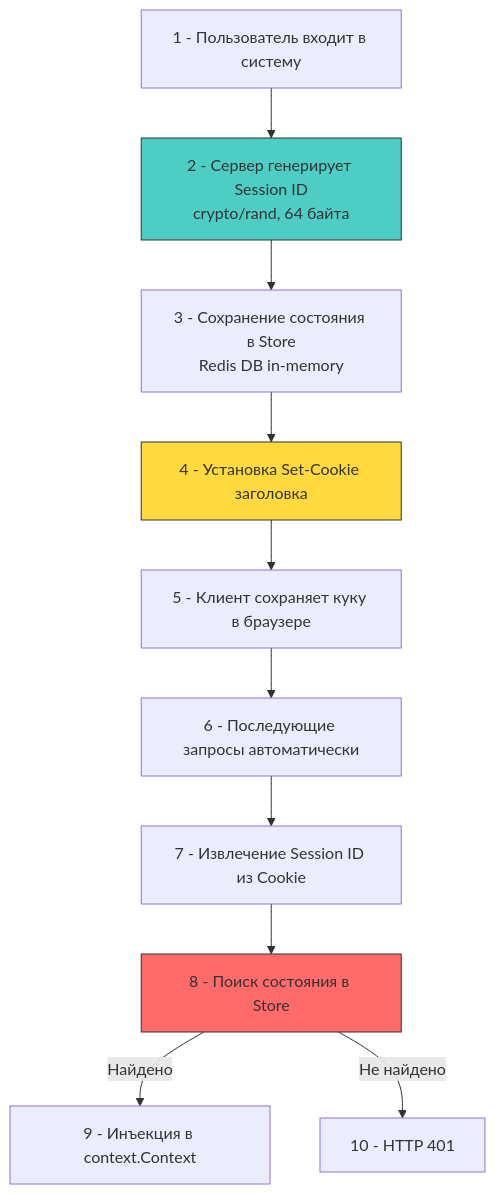
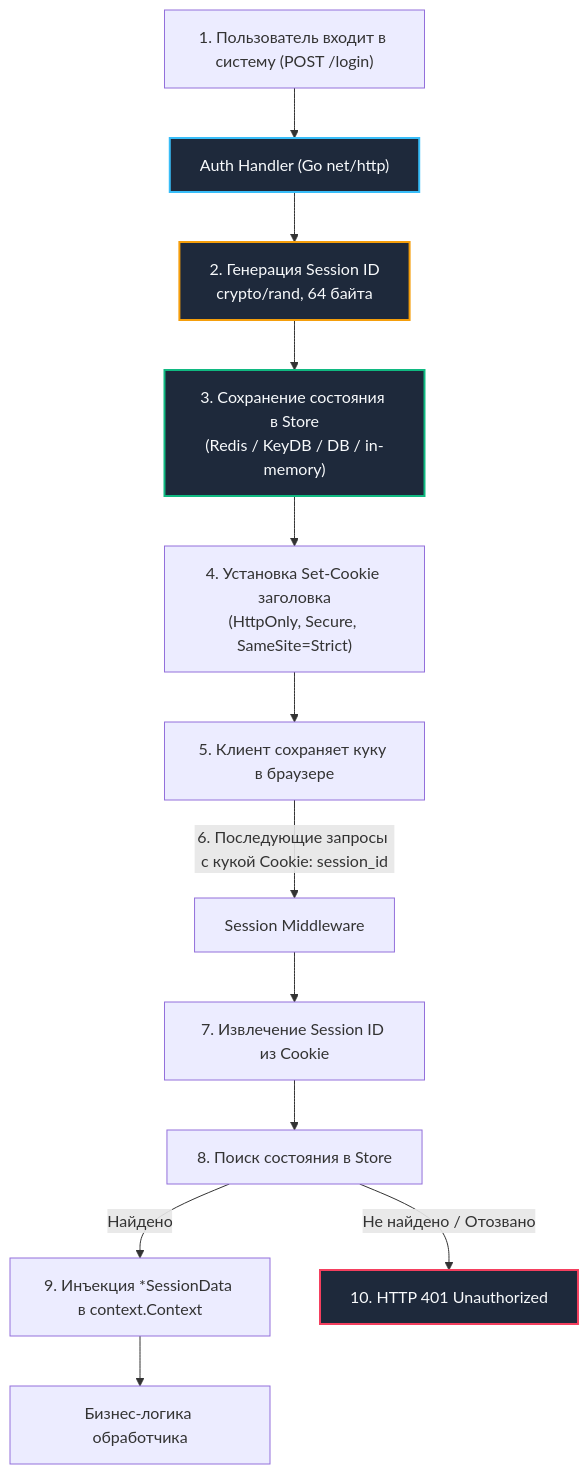
Before and after one commit to UnrealTemplier/go-textbook: the diagram in sources/17. Безопасность (AppSec в Go)/02. Аутентификация и авторизация/7. Session based auth.md, drawn with Mermaid. The commit also changed other lines of this file, not shown here.

Commit message:
feat(module-17): editorial rewrite of 02.7 Session based auth in Kernighan style

````diff
--- a/sources/17. Безопасность (AppSec в Go)/02. Аутентификация и авторизация/7. Session based auth.md
+++ b/sources/17. Безопасность (AppSec в Go)/02. Аутентификация и авторизация/7. Session based auth.md
@@ -7,16 +19,20 @@
 ```mermaid
 flowchart TD
-    A["1 - Пользователь входит в систему"] --> B["2 - Сервер генерирует Session ID<br>crypto/rand, 64 байта"]
-    B --> C["3 - Сохранение состояния в Store<br>Redis DB in-memory"]
-    C --> D["4 - Установка Set-Cookie заголовка"]
-    D --> E["5 - Клиент сохраняет куку в браузере"]
-    E --> F["6 - Последующие запросы автоматически"]
-    F --> G["7 - Извлечение Session ID из Cookie"]
-    G --> H["8 - Поиск состояния в Store"]
-    H -->|"Найдено"| I["9 - Инъекция в context.Context"]
-    H -->|"Не найдено"| J["10 - HTTP 401"]
+    User["1. Пользователь входит в систему (POST /login)"] --> Handler["Auth Handler (Go net/http)"]
+    Handler --> Gen["2. Генерация Session ID<br/>crypto/rand, 64 байта"]
+    Gen --> Store["3. Сохранение состояния в Store<br/>(Redis / KeyDB / DB / in-memory)"]
+    Store --> Cookie["4. Установка Set-Cookie заголовка<br/>(HttpOnly, Secure, SameSite=Strict)"]
+    Cookie --> Browser["5. Клиент сохраняет куку в браузере"]
     
-    style B fill:#4ecdc4,stroke:#333
-    style D fill:#ffd93d,stroke:#333
-    style H fill:#ff6b6b,stroke:#333
+    Browser -->|"6. Последующие запросы с кукой Cookie: session_id"| Middleware["Session Middleware"]
+    Middleware --> Extract["7. Извлечение Session ID из Cookie"]
+    Extract --> Lookup["8. Поиск состояния в Store"]
+    Lookup -->|"Найдено"| Inject["9. Инъекция *SessionData в context.Context"]
+    Lookup -->|"Не найдено / Отозвано"| Unauthorized["10. HTTP 401 Unauthorized"]
+    Inject --> App["Бизнес-логика обработчика"]
+
+    style Handler fill:#1e293b,stroke:#38bdf8,stroke-width:2px,color:#f8fafc
+    style Gen fill:#1e293b,stroke:#f59e0b,stroke-width:2px,color:#f8fafc
+    style Store fill:#1e293b,stroke:#10b981,stroke-width:2px,color:#f8fafc
+    style Unauthorized fill:#1e293b,stroke:#f43f5e,stroke-width:2px,color:#f8fafc
 ```
````
